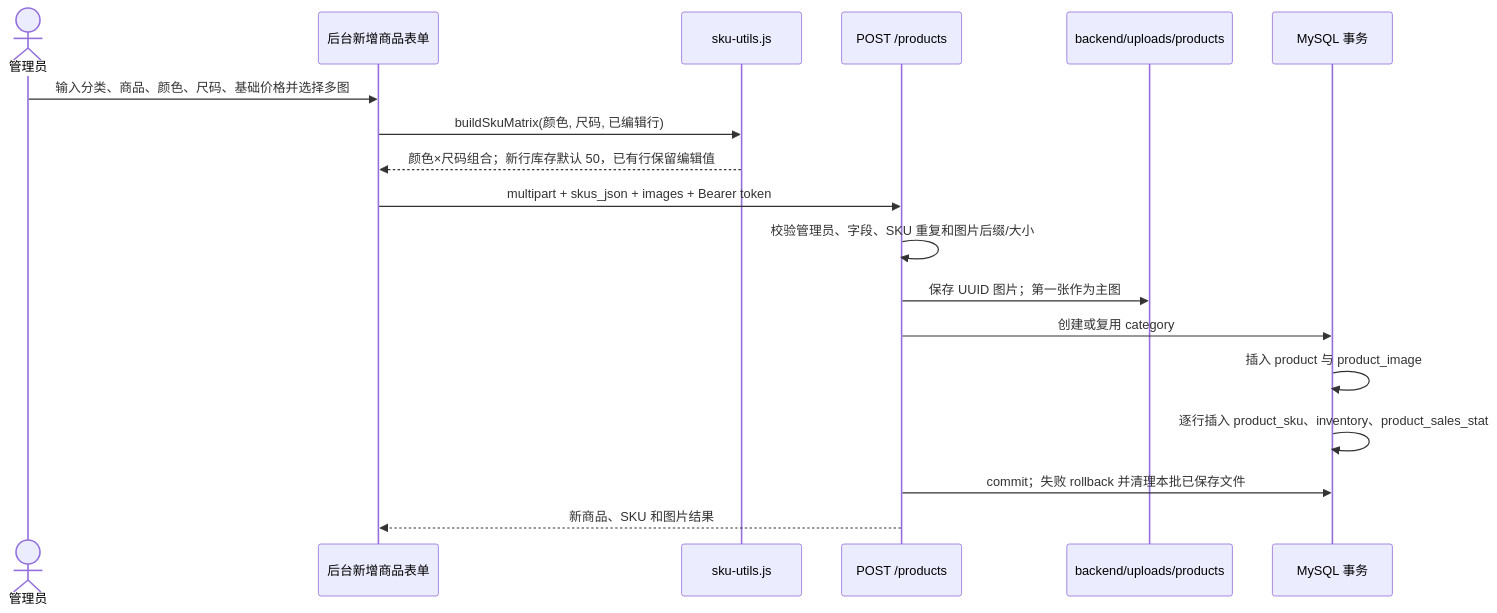
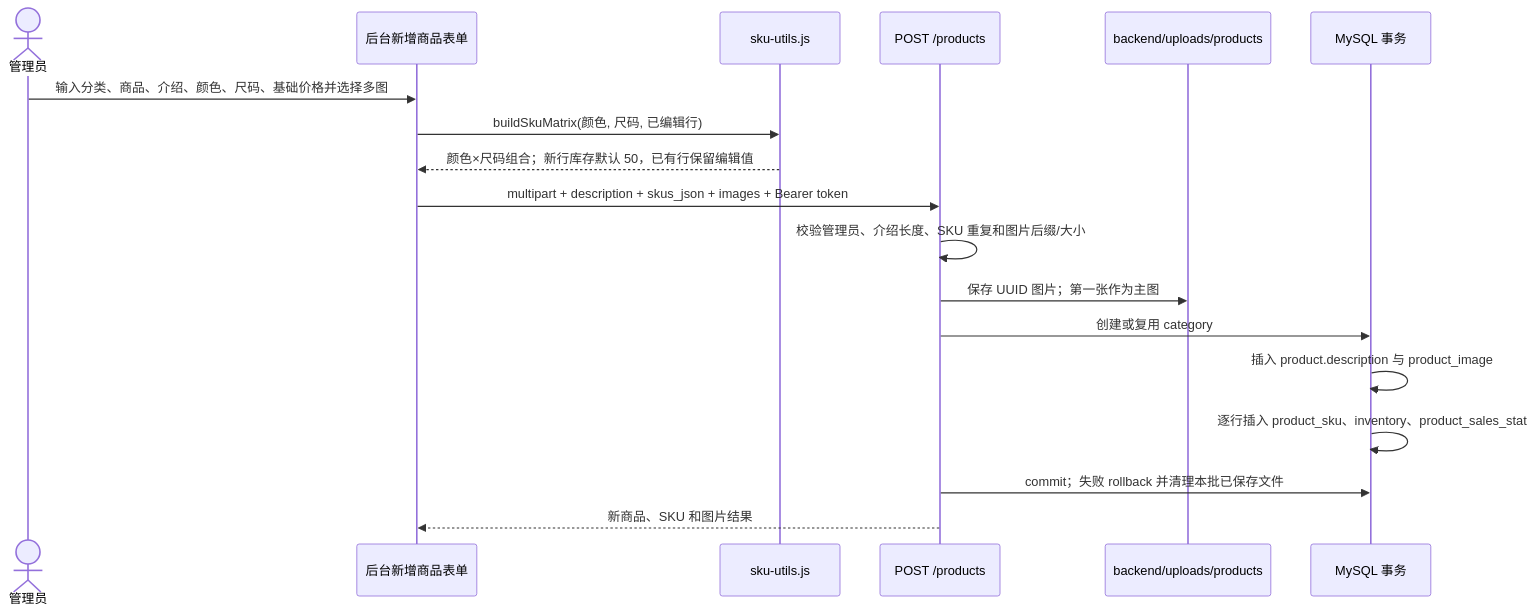
The seventh of 9 diagrams in docs/current-project-architecture.md (laananed/Cloth-Shop), drawn with Mermaid before and after one commit. The commit also changed other lines of this file and 9 other files, not shown here.

````diff
--- a/docs/current-project-architecture.md
+++ b/docs/current-project-architecture.md
@@ -442,21 +446,21 @@
 ```mermaid
 sequenceDiagram
     actor AdminUser as 管理员
     participant Form as 后台新增商品表单
     participant SKU as sku-utils.js
     participant API as POST /products
     participant Files as backend/uploads/products
     participant DB as MySQL 事务
 
-    AdminUser->>Form: 输入分类、商品、颜色、尺码、基础价格并选择多图
+    AdminUser->>Form: 输入分类、商品、介绍、颜色、尺码、基础价格并选择多图
     Form->>SKU: buildSkuMatrix(颜色, 尺码, 已编辑行)
     SKU-->>Form: 颜色×尺码组合；新行库存默认 50，已有行保留编辑值
-    Form->>API: multipart + skus_json + images + Bearer token
-    API->>API: 校验管理员、字段、SKU 重复和图片后缀/大小
+    Form->>API: multipart + description + skus_json + images + Bearer token
+    API->>API: 校验管理员、介绍长度、SKU 重复和图片后缀/大小
     API->>Files: 保存 UUID 图片；第一张作为主图
     API->>DB: 创建或复用 category
-    DB->>DB: 插入 product 与 product_image
+    DB->>DB: 插入 product.description 与 product_image
     DB->>DB: 逐行插入 product_sku、inventory、product_sales_stat
     API->>DB: commit；失败 rollback 并清理本批已保存文件
     API-->>Form: 新商品、SKU 和图片结果
 ```
````
